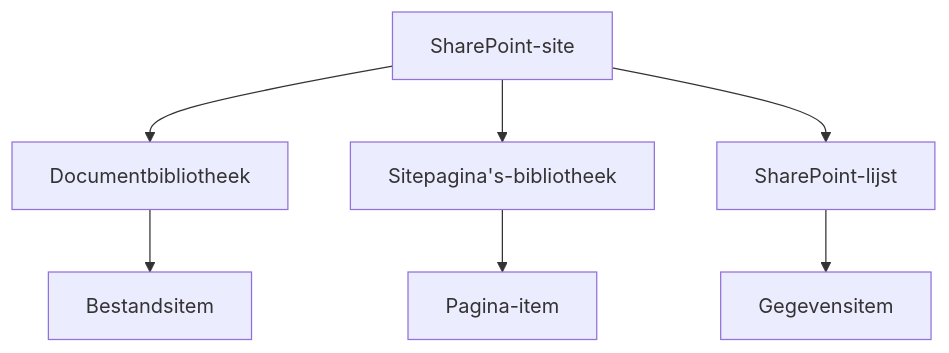
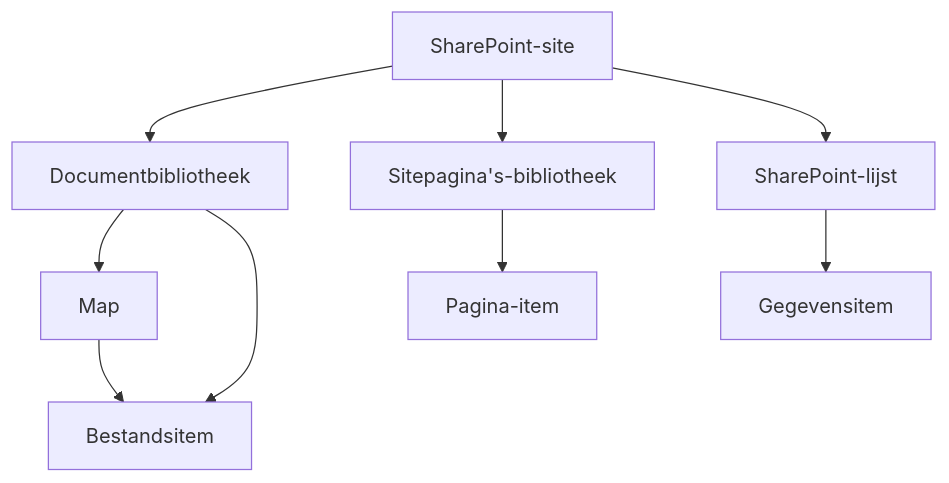
One commit to DwayneSelsig/M365wizard changed the first of 5 diagrams in i18n/nl/docusaurus-plugin-content-docs/current/services/sharepoint/sharepoint-content-structure.md. Above: the diagram before and after it, drawn with Mermaid. The commit also changed other lines of this file and 9 other files, not shown here.

Commit message:
Add "Site, Library, Or Folder: Where Should You Organize Documents?" guide and update related documentation links

````diff
--- a/i18n/nl/docusaurus-plugin-content-docs/current/services/sharepoint/sharepoint-content-structure.md
+++ b/i18n/nl/docusaurus-plugin-content-docs/current/services/sharepoint/sharepoint-content-structure.md
@@ -18,9 +18,11 @@
 ```mermaid
 flowchart TD
     Site[SharePoint-site] --> Library[Documentbibliotheek]
     Site --> Pages[Sitepagina's-bibliotheek]
     Site --> List[SharePoint-lijst]
+    Library --> Folder[Map]
     Library --> File[Bestandsitem]
+    Folder --> File
     Pages --> Page[Pagina-item]
     List --> Record[Gegevensitem]
 ```
````
